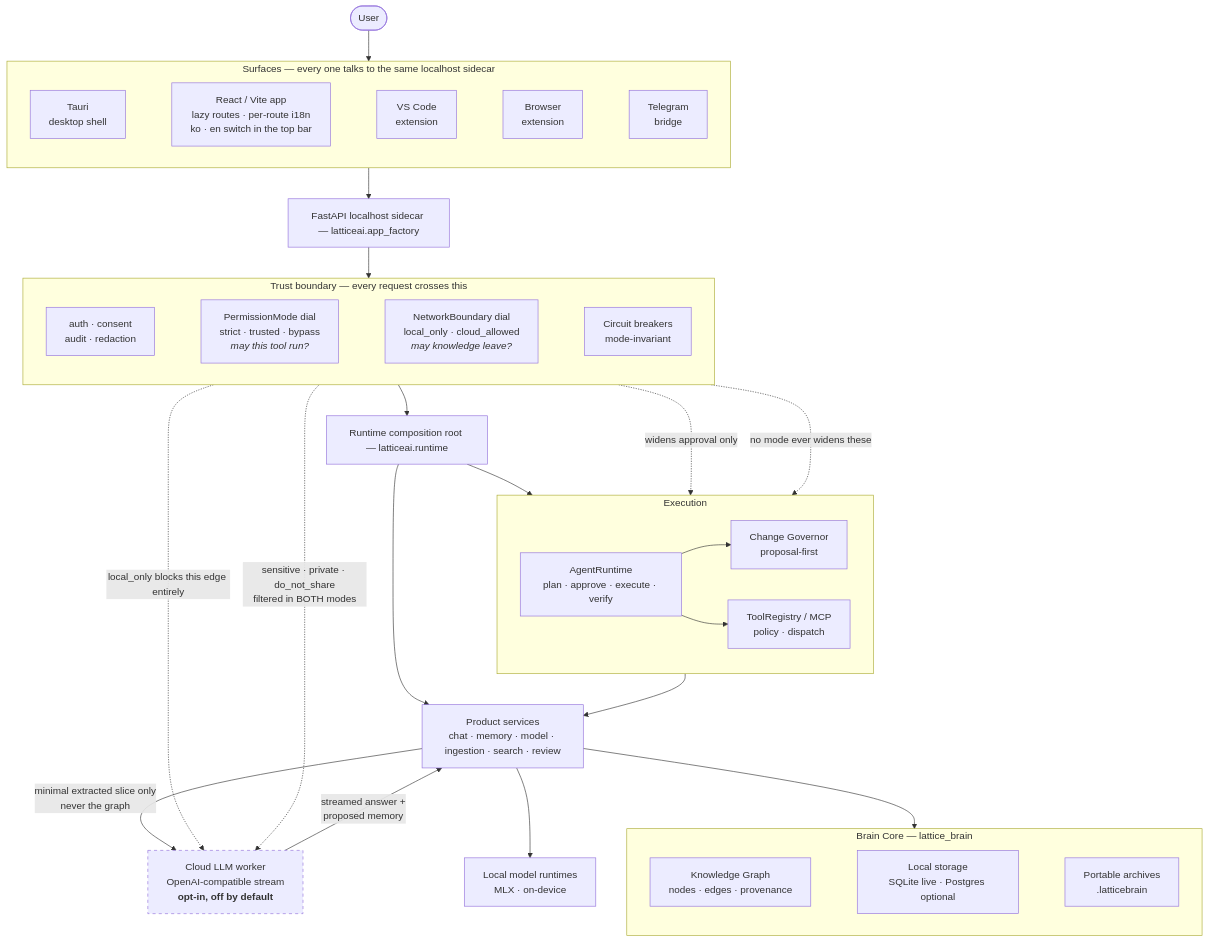
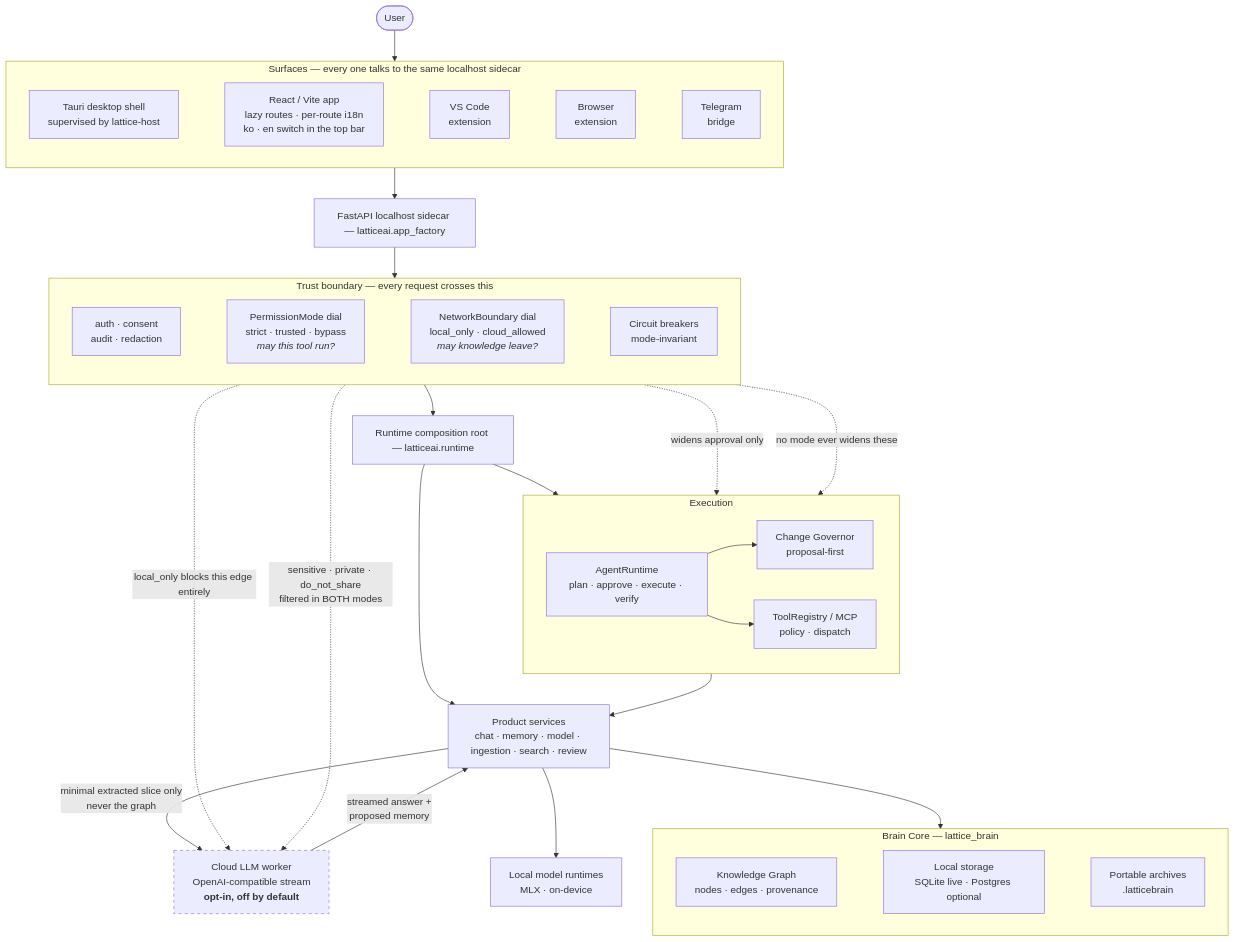
Before and after one commit to TaeSooPark-PTS/LatticeAI: the first of 4 diagrams in ARCHITECTURE.md, drawn with Mermaid. The commit also changed other lines of this file and 279 other files, not shown here.

````diff
--- a/ARCHITECTURE.md
+++ b/ARCHITECTURE.md
@@ -15,68 +15,68 @@
 ```mermaid
 flowchart TB
   user(["User"])
 
   subgraph surfaces["Surfaces — every one talks to the same localhost sidecar"]
     direction LR
     ui["React / Vite app<br/>lazy routes · per-route i18n<br/>ko · en switch in the top bar"]
-    desktop["Tauri<br/>desktop shell"]
+    desktop["Tauri desktop shell<br/>supervised by lattice-host"]
     editor["VS Code<br/>extension"]
     browser["Browser<br/>extension"]
     telegram["Telegram<br/>bridge"]
     desktop ~~~ ui ~~~ editor ~~~ browser ~~~ telegram
   end
 
   api["FastAPI localhost sidecar — latticeai.app_factory"]
 
   subgraph gates["Trust boundary — every request crosses this"]
     direction LR
     trust["auth · consent<br/>audit · redaction"]
     mode["PermissionMode dial<br/>strict · trusted · bypass<br/><i>may this tool run?</i>"]
     net["NetworkBoundary dial<br/>local_only · cloud_allowed<br/><i>may knowledge leave?</i>"]
     breakers["Circuit breakers<br/>mode-invariant"]
     trust ~~~ mode ~~~ net ~~~ breakers
   end
 
   runtime["Runtime composition root — latticeai.runtime"]
 
   subgraph exec["Execution"]
     direction LR
     agent["AgentRuntime<br/>plan · approve · execute · verify"]
     governor["Change Governor<br/>proposal-first"]
     tools["ToolRegistry / MCP<br/>policy · dispatch"]
     agent --> governor
     agent --> tools
   end
 
   subgraph data["Brain Core — lattice_brain"]
     direction LR
     kg["Knowledge Graph<br/>nodes · edges · provenance"]
     store["Local storage<br/>SQLite live · Postgres optional"]
     archive["Portable archives<br/>.latticebrain"]
     kg ~~~ store ~~~ archive
   end
 
   services["Product services<br/>chat · memory · model · ingestion · search · review"]
   models["Local model runtimes<br/>MLX · on-device"]
   cloud["Cloud LLM worker<br/>OpenAI-compatible stream<br/><b>opt-in, off by default</b>"]
 
   user --> surfaces
   surfaces --> api
   api --> gates
   gates --> runtime
   runtime --> exec
   runtime --> services
   tools --> services
   services --> models
   services --> data
 
   mode -. "widens approval only" .-> tools
   breakers -. "no mode ever widens these" .-> tools
 
   services -- "minimal extracted slice only<br/>never the graph" --> cloud
   cloud -- "streamed answer +<br/>proposed memory" --> services
   net -. "local_only blocks this edge entirely" .-> cloud
   breakers -. "sensitive · private · do_not_share<br/>filtered in BOTH modes" .-> cloud
 
   style cloud stroke-dasharray: 5 5
 ```
````
